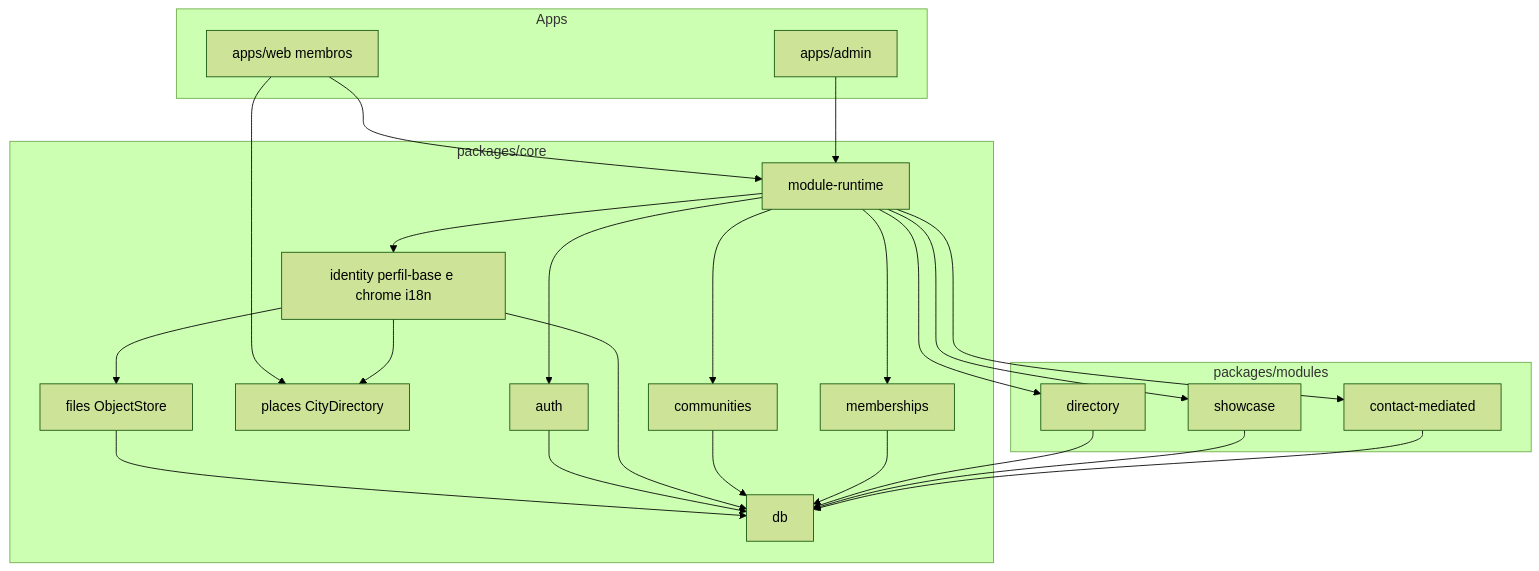
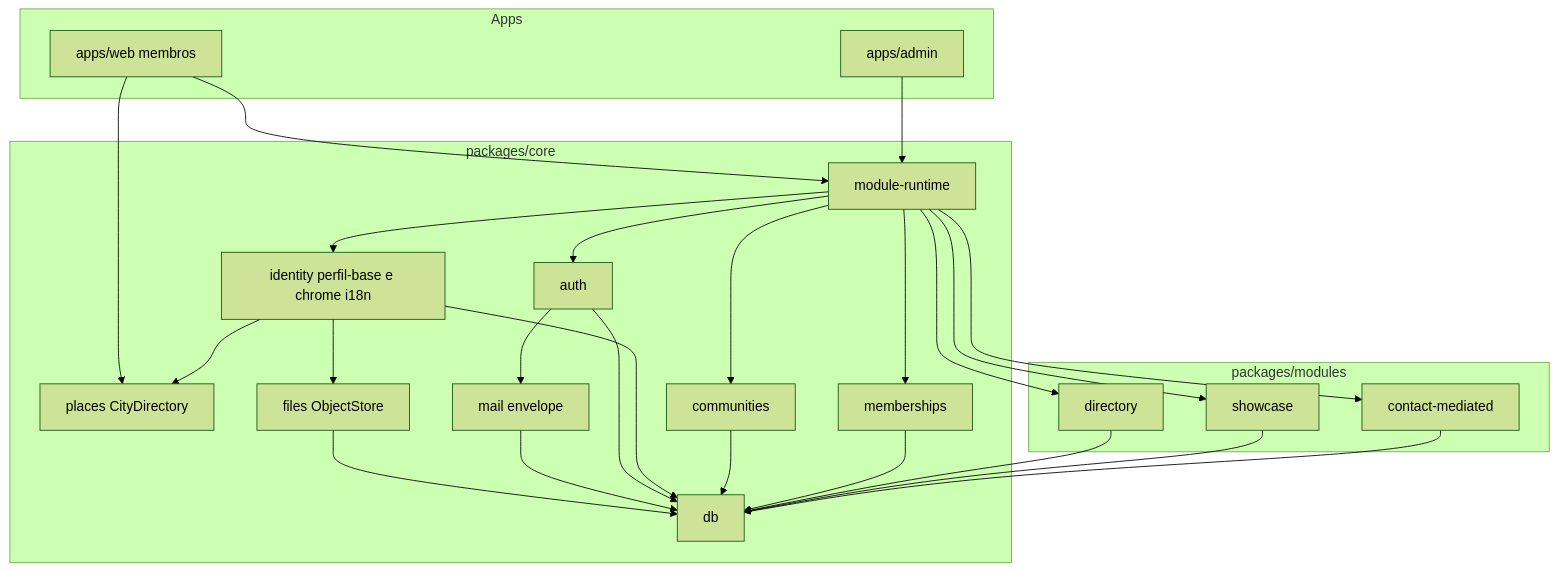
Before and after one commit to colabcolibri/comuna: the diagram in docs/05_architecture.md, drawn with Mermaid (forest theme). The commit also changed other lines of this file and 99 other files, not shown here.

````diff
--- a/docs/05_architecture.md
+++ b/docs/05_architecture.md
@@ -18,45 +18,48 @@
 ```mermaid
 flowchart TD
     subgraph Apps
         Web["apps/web membros"]
         Admin["apps/admin"]
     end
 
     subgraph Core["packages/core"]
         Auth[auth]
         Ident[identity perfil-base e chrome i18n]
         Places[places CityDirectory]
         Comm[communities]
         Mem[memberships]
         Runtime[module-runtime]
         Files[files ObjectStore]
+        Mail[mail envelope]
         Db[db]
     end
 
     subgraph Mods["packages/modules"]
         Dir[directory]
         Show[showcase]
         Contact[contact-mediated]
     end
 
     Web --> Runtime
     Admin --> Runtime
     Runtime --> Dir
     Runtime --> Show
     Runtime --> Contact
     Runtime --> Auth
     Runtime --> Ident
     Runtime --> Comm
     Runtime --> Mem
     Web --> Places
     Ident --> Places
     Ident --> Files
     Files --> Db
+    Auth --> Mail
+    Mail --> Db
     Auth --> Db
     Ident --> Db
     Comm --> Db
     Mem --> Db
     Dir --> Db
     Show --> Db
     Contact --> Db
 ```
````
